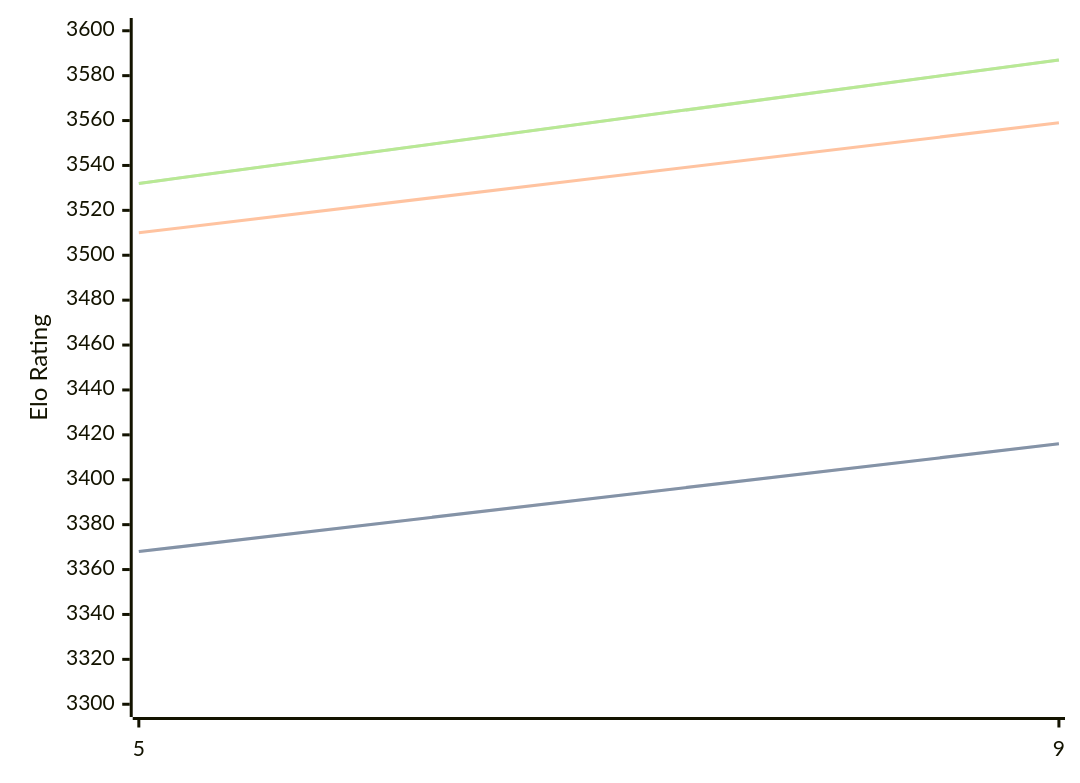
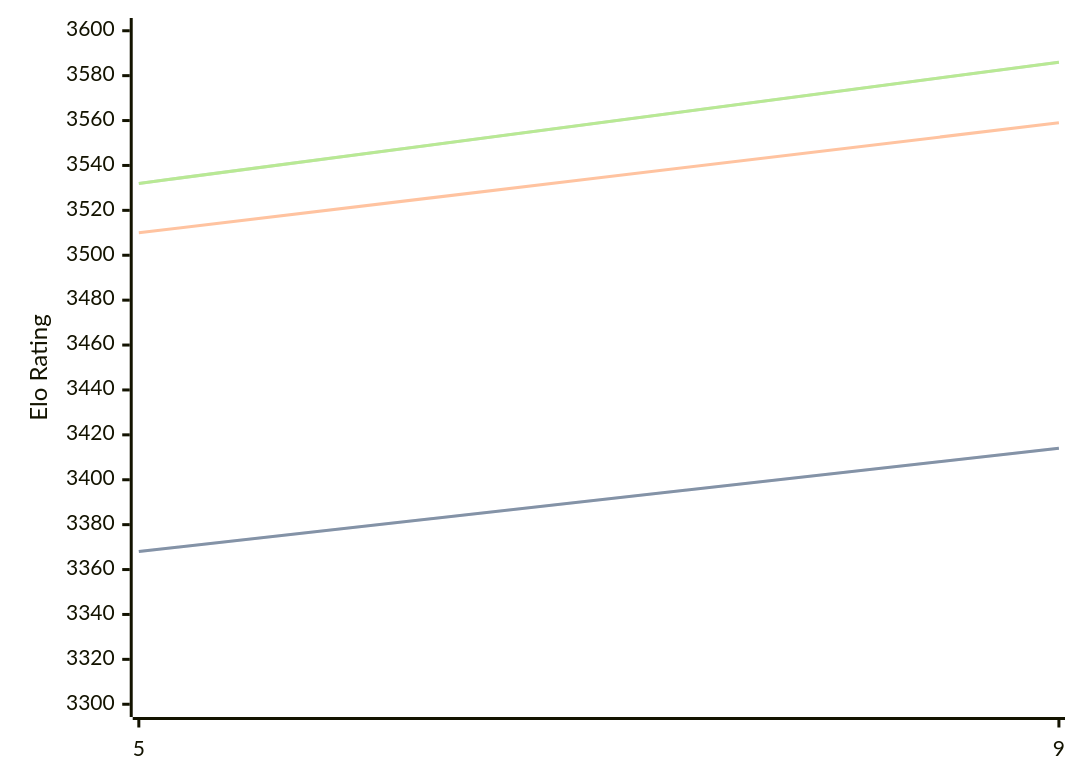
One commit to computer-chess-index/cci changed the first of 3 diagrams in engines/Crystal.md. Above: the diagram before and after it, drawn with Mermaid. The commit also changed other lines of this file, not shown here.

Commit message:
Update CCI Ratings (ELO VLTC) - 2026-07-15

````diff
--- a/engines/Crystal.md
+++ b/engines/Crystal.md
@@ -60,11 +60,11 @@
 ```mermaid
 %%{init: {"theme":"base","themeVariables":{"seriesColors:['#a3a3a3','#222221','#faa371']}}}%%
 xychart-beta
   x-axis ["5", "9"]
   y-axis "Elo Rating" 3300 --> 3600
-  line "STC (8.0+0.08s)" [3368, 3416]
-  line "STC (8.0+0.08s)" [3368, 3416]
+  line "STC (8.0+0.08s)" [3368, 3414]
+  line "STC (8.0+0.08s)" [3368, 3414]
   line "LTC (60.0+0.60s)" [3510, 3559]
-  line "VLTC (2m24s+1.12s)" [3532, 3587]
-  line "VLTC (2m24s+1.12s)" [3532, 3587]
+  line "VLTC (2m24s+1.12s)" [3532, 3586]
+  line "VLTC (2m24s+1.12s)" [3532, 3586]
 ```
````
